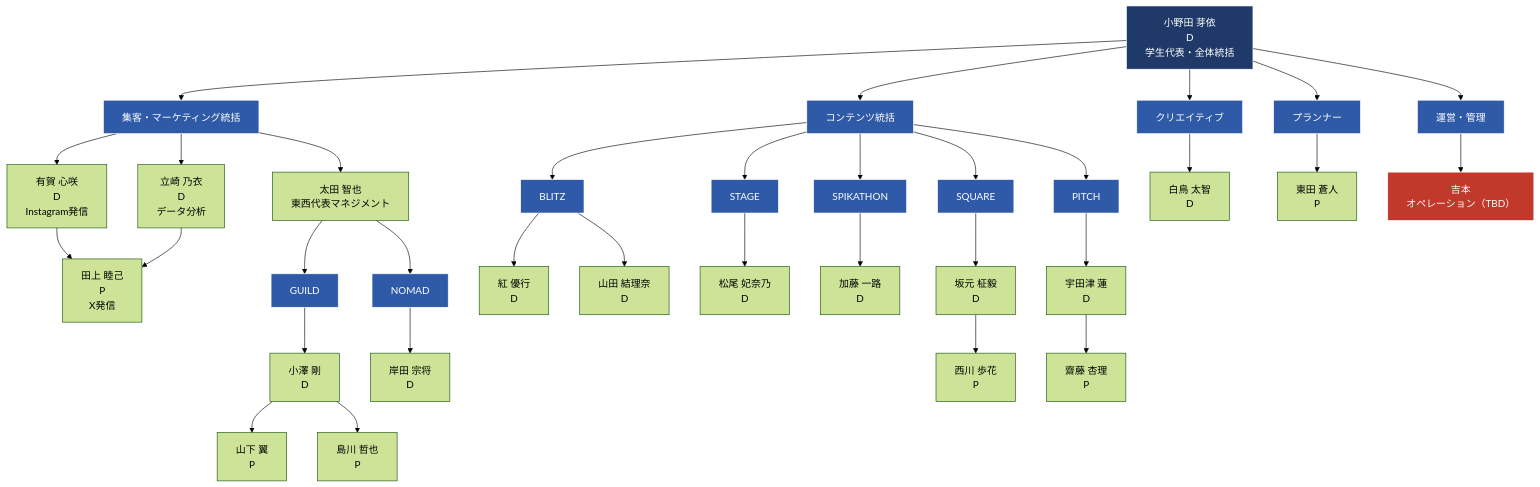
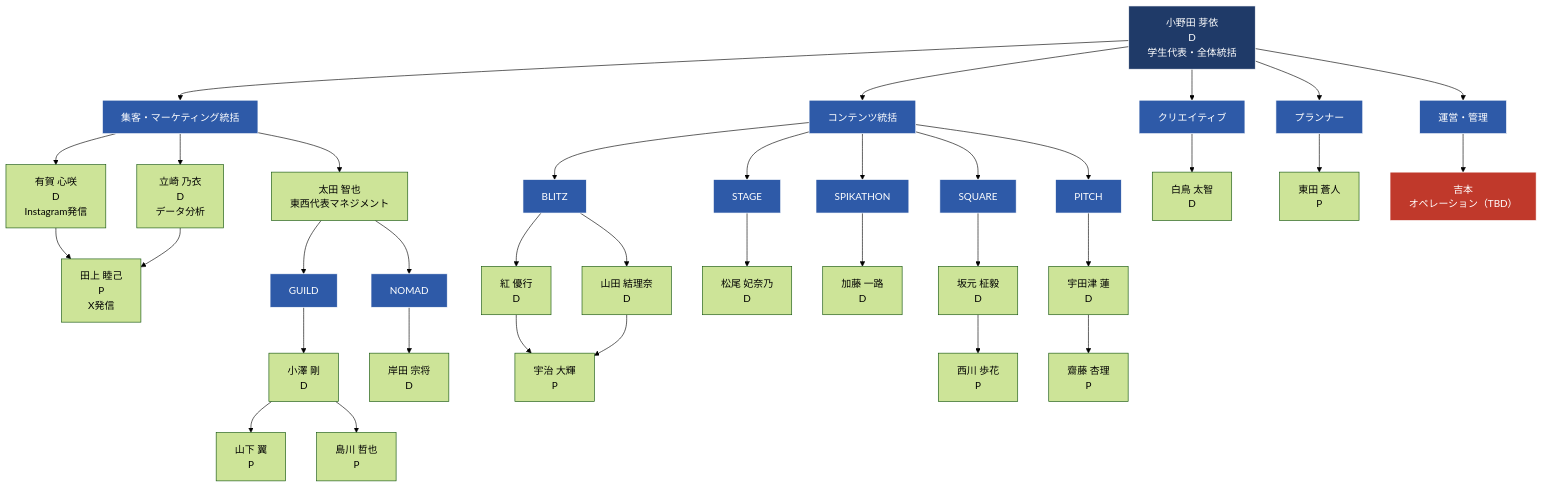
The first of 2 diagrams in spikes-org-chart.md (liofval/spikes_hr), drawn with Mermaid (forest theme) before and after one commit. The commit also changed other lines of this file and 1 other file, not shown here.

````diff
--- a/spikes-org-chart.md
+++ b/spikes-org-chart.md
@@ -7,56 +7,58 @@
 ```mermaid
 graph TD
     Onoda["小野田 芽依<br/>D<br/>学生代表・全体統括"]
 
     Onoda --> CreativeHQ["クリエイティブ"]
     Onoda --> MktHQ["集客・マーケティング統括"]
     Onoda --> ContentHQ["コンテンツ統括"]
     Onoda --> PlannerHQ["プランナー"]
     Onoda --> OpsHQ["運営・管理"]
 
     %% 集客
     MktHQ --> Aruga["有賀 心咲<br/>D<br/>Instagram発信"]
     MktHQ --> Tatsuzaki["立崎 乃衣<br/>D<br/>データ分析"]
     MktHQ --> Ota["太田 智也<br/>東西代表マネジメント"]
     Aruga --> Tagami["田上 睦己<br/>P<br/>X発信"]
     Tatsuzaki --> Tagami
     Ota --> GUILD["GUILD"]
     Ota --> NOMAD["NOMAD"]
     GUILD --> Ozawa["小澤 剛<br/>D"]
     Ozawa --> Yamashita["山下 翼<br/>P"]
     Ozawa --> Shimakawa["島川 哲也<br/>P"]
     NOMAD --> Kishida["岸田 宗将<br/>D"]
 
     %% コンテンツ
     ContentHQ --> BLITZ["BLITZ"]
     ContentHQ --> STAGE["STAGE"]
     ContentHQ --> SPIKATHON["SPIKATHON"]
     ContentHQ --> SQUARE["SQUARE"]
     ContentHQ --> PITCH["PITCH"]
     BLITZ --> Kurenai["紅 優行<br/>D"]
     BLITZ --> Yamada["山田 結理奈<br/>D"]
+    Kurenai --> Uji["宇治 大輝<br/>P"]
+    Yamada --> Uji
     STAGE --> Matsuo["松尾 妃奈乃<br/>D"]
     SPIKATHON --> Kato["加藤 一路<br/>D"]
     SQUARE --> Sakamoto["坂元 柾毅<br/>D"]
     Sakamoto --> Nishikawa["西川 歩花<br/>P"]
     PITCH --> Udatsu["宇田津 蓮<br/>D"]
     Udatsu --> Saito["齋藤 杏理<br/>P"]
 
     %% クリエイティブ
     CreativeHQ --> Shiratori["白鳥 太智<br/>D"]
 
     %% プランナー
     PlannerHQ --> Azumada["東田 蒼人<br/>P"]
 
     %% 運営・管理
     OpsHQ --> Yoshimoto["吉本<br/>オペレーション（TBD）"]
 
     classDef head fill:#1f3a68,stroke:#fff,color:#fff;
     classDef group fill:#2e5aa8,stroke:#fff,color:#fff;
     classDef tbd fill:#c0392b,stroke:#fff,color:#fff;
     class Onoda head;
     class MktHQ,ContentHQ,CreativeHQ,OpsHQ,PlannerHQ group;
     class BLITZ,STAGE,SPIKATHON,SQUARE,PITCH group;
     class GUILD,NOMAD group;
     class Yoshimoto tbd;
 ```
````
